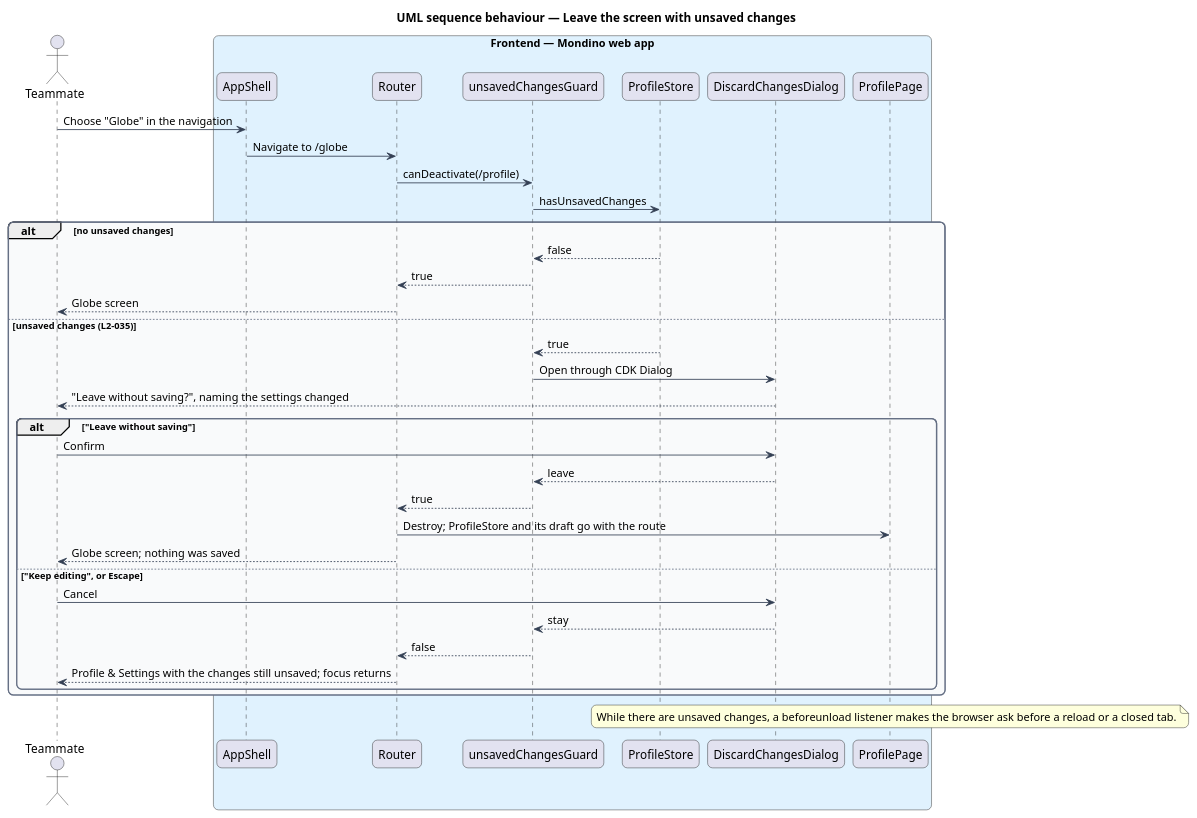
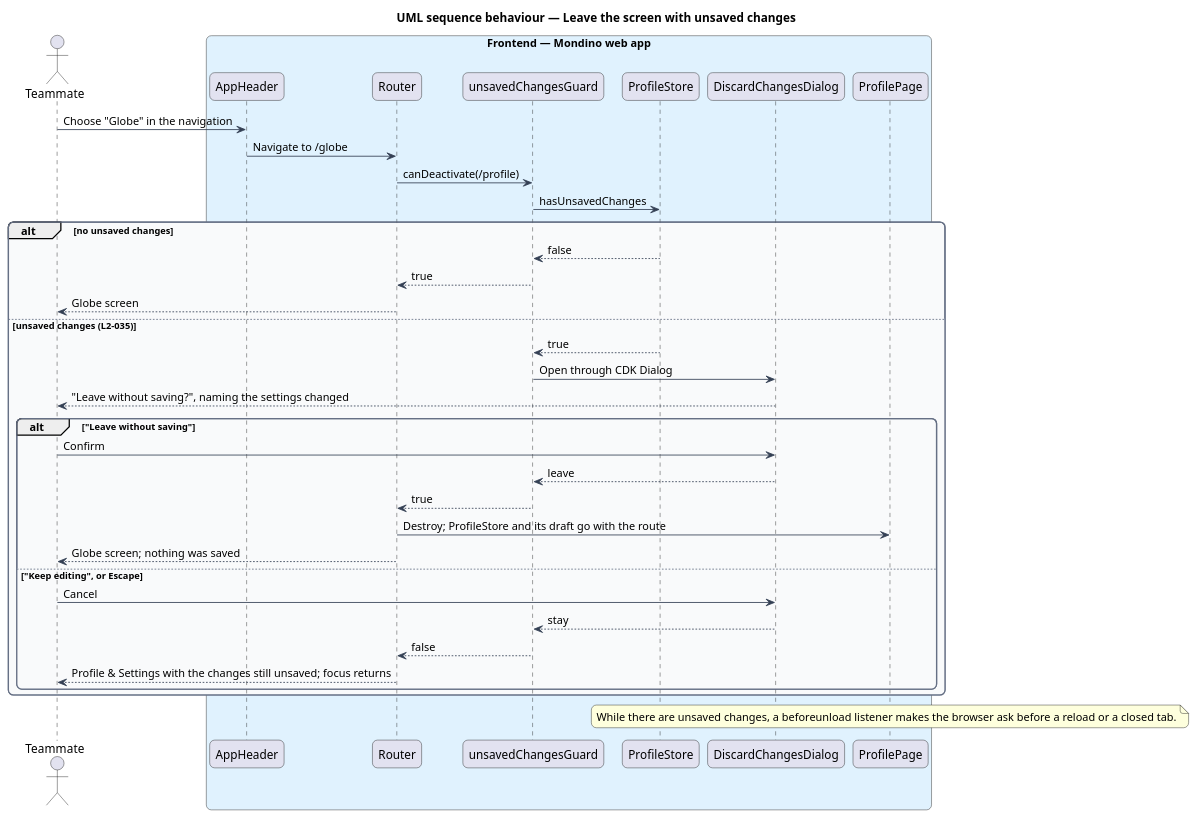
Before and after one commit to QuinntyneBrown/Mondino: the diagram in docs/detailed-designs/profile/choose-display-and-sharing/diagrams/sequence-leave-with-unsaved-changes.puml, drawn with PlantUML. The commit also changed 100 other files, not shown here.

```diff
--- a/docs/detailed-designs/profile/choose-display-and-sharing/diagrams/sequence-leave-with-unsaved-changes.puml
+++ b/docs/detailed-designs/profile/choose-display-and-sharing/diagrams/sequence-leave-with-unsaved-changes.puml
@@ -1,52 +1,52 @@
 @startuml
 title UML sequence behaviour — Leave the screen with unsaved changes
 skinparam backgroundColor #FFFFFF
 skinparam shadowing false
 skinparam roundcorner 12
 skinparam defaultFontName Arial
 skinparam ArrowColor #344054
 skinparam rectangle {
   BorderColor #344054
   FontColor #101828
 }
 skinparam package {
   BorderColor #667085
   FontColor #101828
   BackgroundColor #F9FAFB
 }
 actor "Teammate" as actor
 box "Frontend — Mondino web app" #E0F2FE
-  participant "AppShell" as shell
+  participant "AppHeader" as shell
   participant "Router" as router
   participant "unsavedChangesGuard" as guard
   participant "ProfileStore" as store
   participant "DiscardChangesDialog" as dialog
   participant "ProfilePage" as page
 end box
 actor -> shell : Choose "Globe" in the navigation
 shell -> router : Navigate to /globe
 router -> guard : canDeactivate(/profile)
 guard -> store : hasUnsavedChanges
 alt no unsaved changes
   store --> guard : false
   guard --> router : true
   router --> actor : Globe screen
 else unsaved changes (L2-035)
   store --> guard : true
   guard -> dialog : Open through CDK Dialog
   dialog --> actor : "Leave without saving?", naming the settings changed
   alt "Leave without saving"
     actor -> dialog : Confirm
     dialog --> guard : leave
     guard --> router : true
     router -> page : Destroy; ProfileStore and its draft go with the route
     router --> actor : Globe screen; nothing was saved
   else "Keep editing", or Escape
     actor -> dialog : Cancel
     dialog --> guard : stay
     guard --> router : false
     router --> actor : Profile & Settings with the changes still unsaved; focus returns
   end
 end
 note over page : While there are unsaved changes, a beforeunload listener makes the browser ask before a reload or a closed tab.
 @enduml
```
